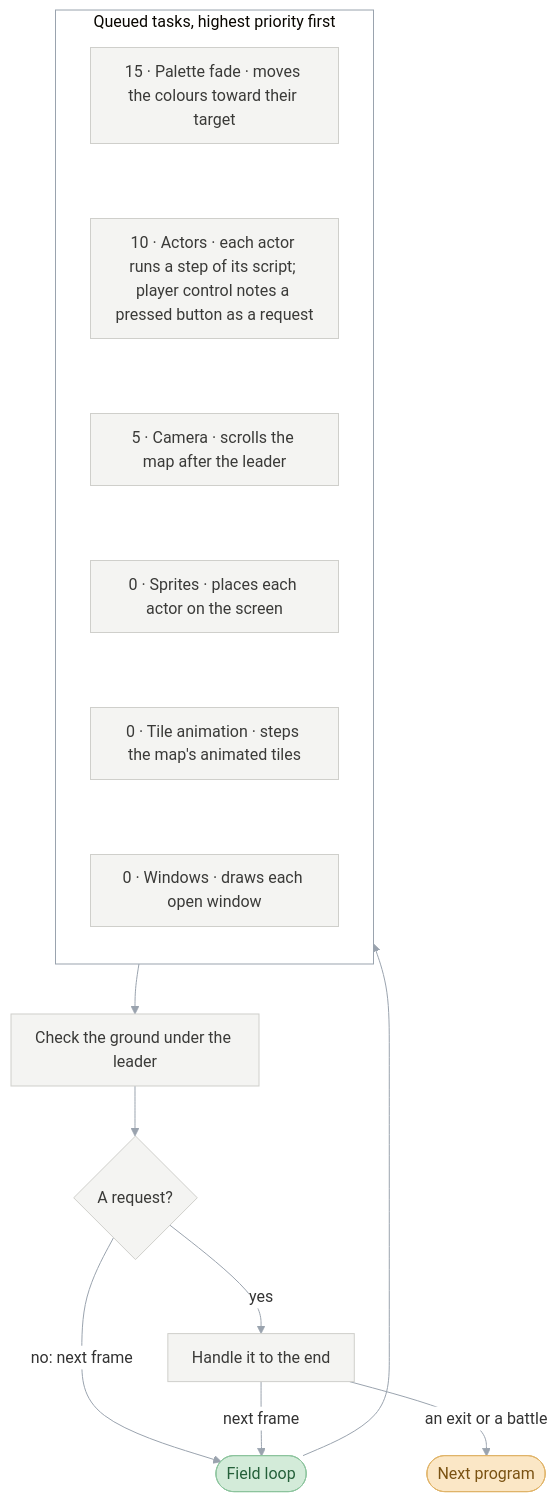
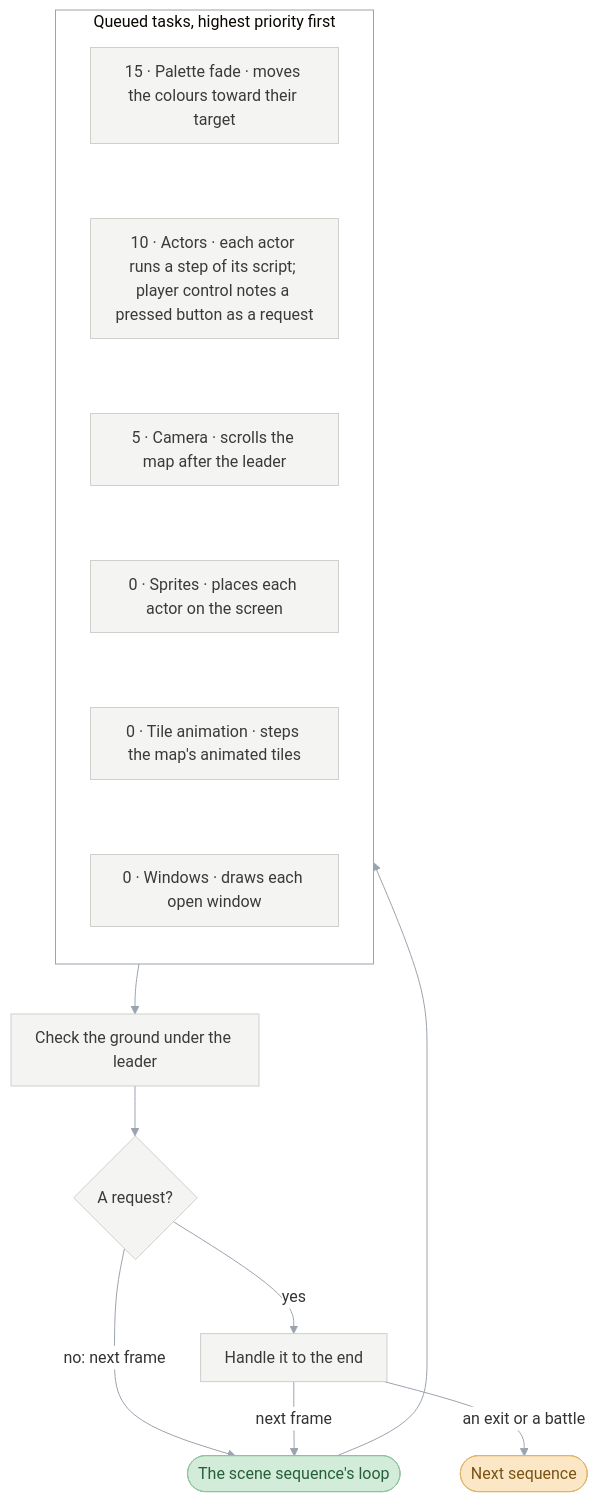
Before and after one commit to PascalPixel/alchemy: the seventh of 9 diagrams in games/tbs/README.md, drawn with Mermaid. The commit also changed other lines of this file and 99 other files, not shown here.

````diff
--- a/games/tbs/README.md
+++ b/games/tbs/README.md
@@ -320,27 +323,27 @@
 ```mermaid
 %%{init: {"theme": "base", "themeVariables": {"lineColor": "#9AA3AE", "edgeLabelBackground": "#FFFFFF"}, "flowchart": {"curve": "basis", "padding": 12}}}%%
 flowchart TD
-  frame(["Field loop"]) --> queue
+  frame(["The scene sequence's loop"]) --> queue
   subgraph queue ["Queued tasks, highest priority first"]
     direction TB
     t1["15 · Palette fade · moves the colours toward their target"] ~~~ t2["10 · Actors · each actor runs a step of its script; player control notes a pressed button as a request"]
     t2 ~~~ t3["5 · Camera · scrolls the map after the leader"] ~~~ t4["0 · Sprites · places each actor on the screen"]
     t4 ~~~ t5["0 · Tile animation · steps the map's animated tiles"] ~~~ t6["0 · Windows · draws each open window"]
   end
   queue --> ground["Check the ground under the leader"]
   ground --> check{"A request?"}
   check -->|"no: next frame"| frame
   check -->|"yes"| handle["Handle it to the end"]
   handle -->|"next frame"| frame
-  handle -->|"an exit or a battle"| next(["Next program"])
-  classDef monitor fill:#DDE3EC,stroke:#8FA0B8,color:#2E3C50
-  classDef sceneProgram fill:#D2EEF3,stroke:#7FC3D0,color:#1E5966
+  handle -->|"an exit or a battle"| next(["Next sequence"])
+  classDef parentSequence fill:#DDE3EC,stroke:#8FA0B8,color:#2E3C50
+  classDef sceneSequence fill:#D2EEF3,stroke:#7FC3D0,color:#1E5966
   classDef battle fill:#F6D5D2,stroke:#D9928B,color:#8A2A22
-  classDef sceneManager fill:#D3EBD9,stroke:#8DC49E,color:#25603A
+  classDef sceneLoop fill:#D3EBD9,stroke:#8DC49E,color:#25603A
   classDef request fill:#FBE7C6,stroke:#E0B46A,color:#7A5212
   classDef step fill:#F4F4F2,stroke:#CFCFCB,color:#3A3A38
-  class frame sceneManager
+  class frame sceneLoop
   class next request
   class t1,t2,t3,t4,t5,t6,ground,handle,check step
   style queue fill:#FFFFFF,stroke:#9AA3AE
 ```
````
